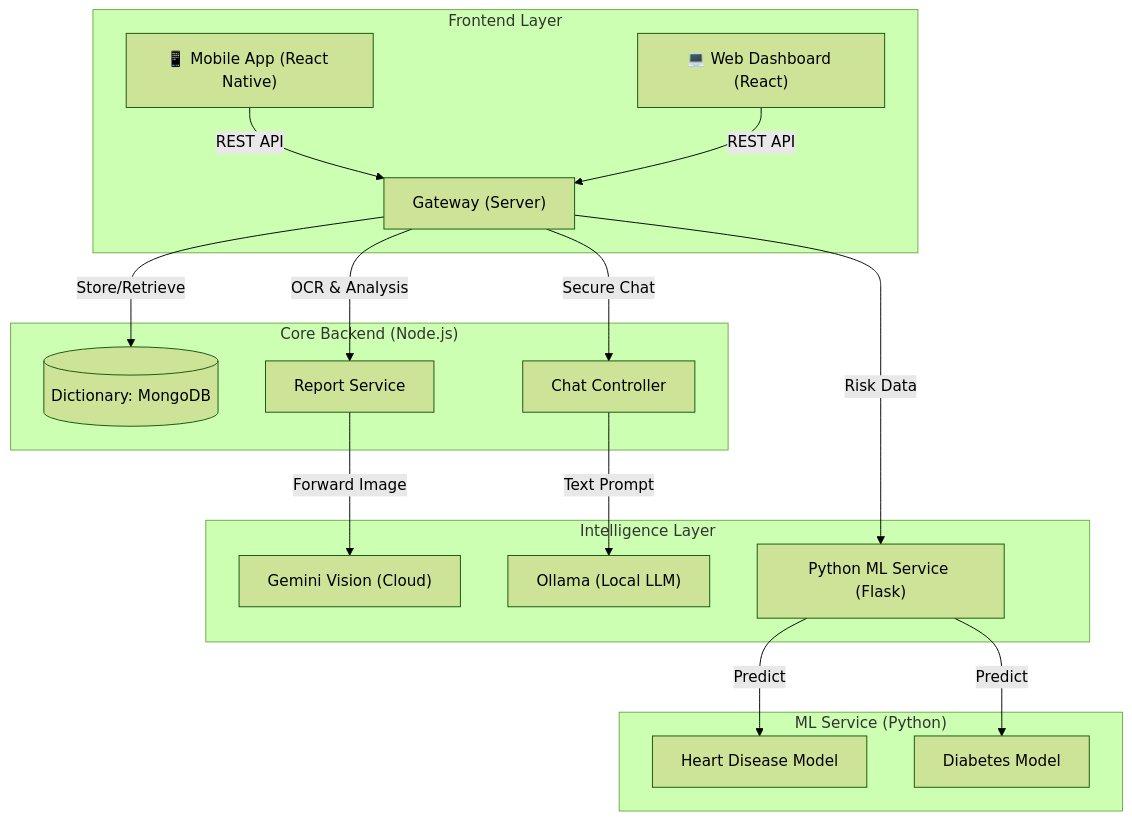
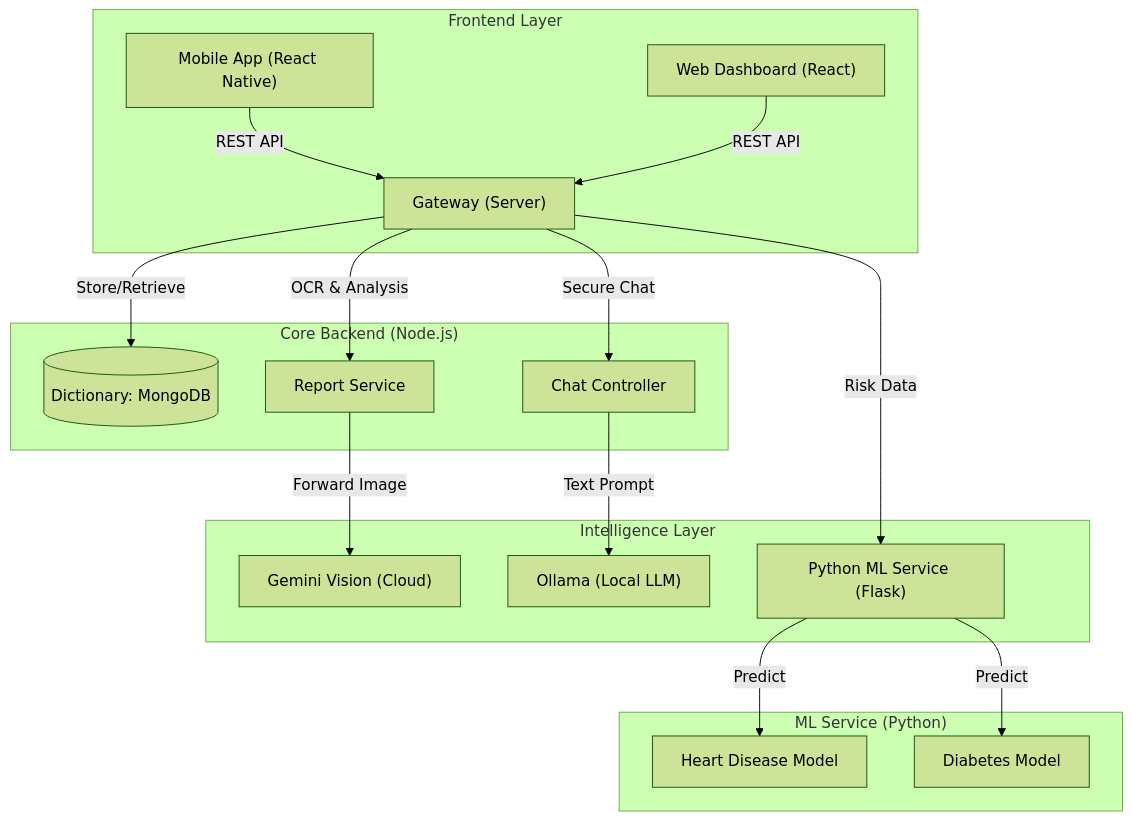
The second of 2 diagrams in README.md (yashsrivastava1408/Aether-Clinic), drawn with Mermaid (forest theme) before and after one commit. The commit also changed other lines of this file and 24 other files, not shown here.

````diff
--- a/README.md
+++ b/README.md
@@ -80,24 +79,24 @@
 ```mermaid
 graph TD
     subgraph "Frontend Layer"
-        M["📱 Mobile App (React Native)"] -->|REST API| G["Gateway (Server)"]
-        W["💻 Web Dashboard (React)"] -->|REST API| G
+        M["Mobile App (React Native)"] -->|REST API| G["Gateway (Server)"]
+        W["Web Dashboard (React)"] -->|REST API| G
     end
 
     subgraph "Core Backend (Node.js)"
         G -->|Store/Retrieve| DB[("Dictionary: MongoDB")]
         G -->|OCR & Analysis| S["Report Service"]
         G -->|Secure Chat| C["Chat Controller"]
     end
 
     subgraph "Intelligence Layer"
         S -->|Forward Image| V["Gemini Vision (Cloud)"]
         C -->|Text Prompt| L["Ollama (Local LLM)"]
         G -->|Risk Data| ML["Python ML Service (Flask)"]
     end
 
     subgraph "ML Service (Python)"
         ML -->|Predict| H["Heart Disease Model"]
         ML -->|Predict| D["Diabetes Model"]
     end
 ```
````
